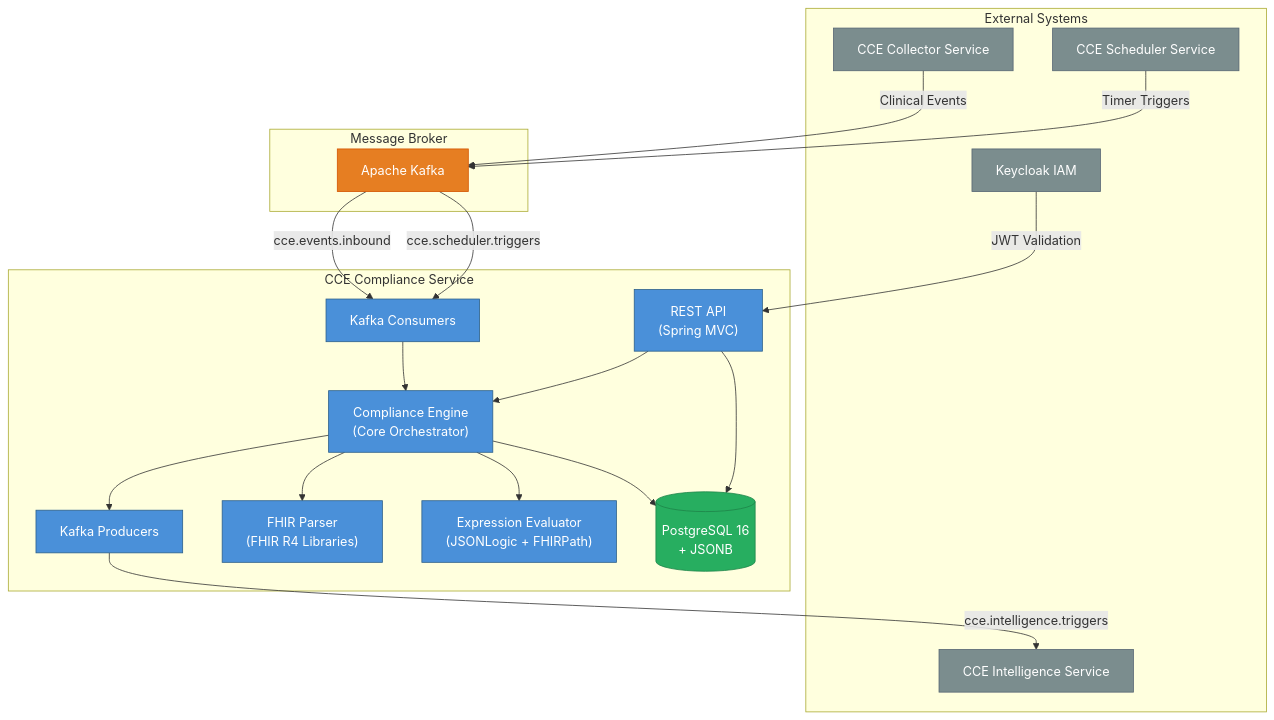
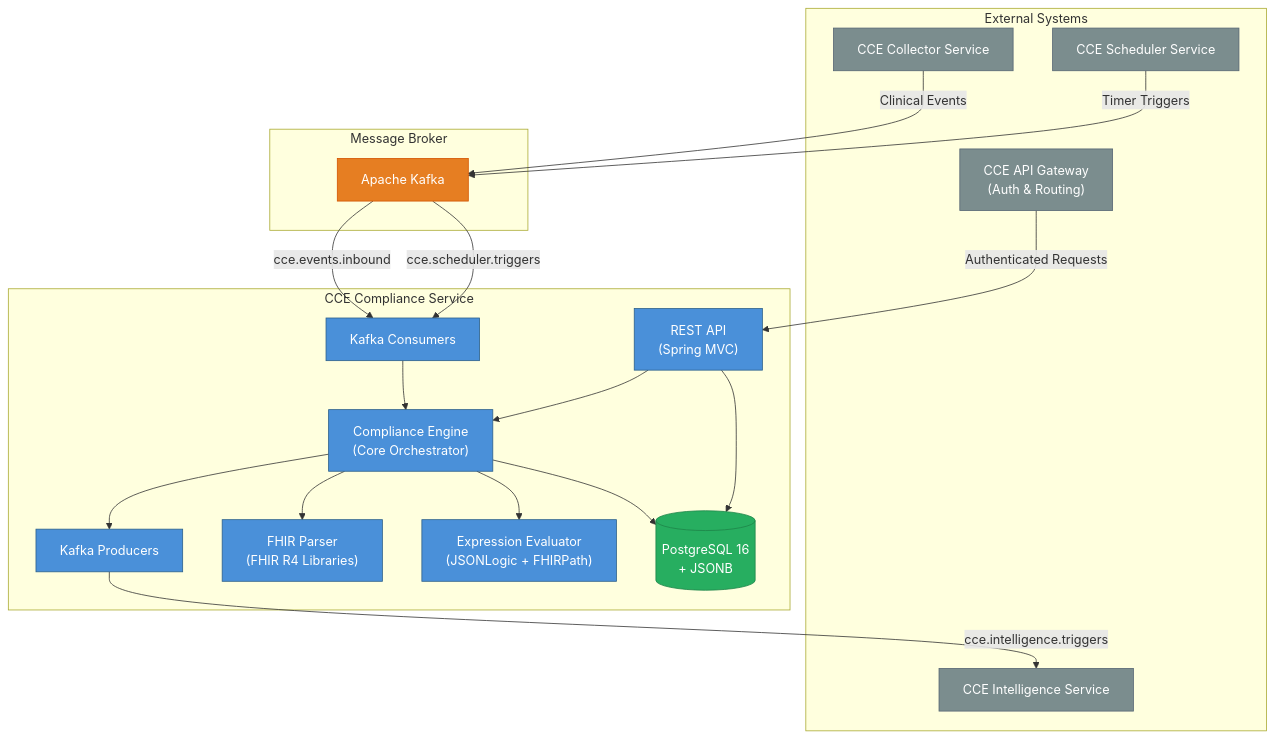
Before and after one commit to Jayaprakash8887/cce-compliance-service: the first of 4 diagrams in docs/architecture-overview.md, drawn with Mermaid. The commit also changed other lines of this file and 3 other files, not shown here.

````diff
--- a/docs/architecture-overview.md
+++ b/docs/architecture-overview.md
@@ -7,47 +7,47 @@
 ```mermaid
 graph TB
     subgraph External Systems
         INTEL["CCE Intelligence Service"]
         EHR["CCE Collector Service"]
         SCHEDULER["CCE Scheduler Service"]
-        KEYCLOAK["Keycloak IAM"]
+        GATEWAY["CCE API Gateway<br/>(Auth & Routing)"]
     end
 
     subgraph CCE Compliance Service
         API["REST API<br/>(Spring MVC)"]
         ENGINE["Compliance Engine<br/>(Core Orchestrator)"]
         KAFKA_C["Kafka Consumers"]
         KAFKA_P["Kafka Producers"]
         FHIR["FHIR Parser<br/>(FHIR R4 Libraries)"]
         EXPR["Expression Evaluator<br/>(JSONLogic + FHIRPath)"]
         DB[("PostgreSQL 16<br/>+ JSONB")]
     end
 
     subgraph Message Broker
         KAFKA["Apache Kafka"]
     end
 
     EHR -->|"Clinical Events"| KAFKA
     SCHEDULER -->|"Timer Triggers"| KAFKA
     KAFKA -->|"cce.events.inbound"| KAFKA_C
     KAFKA -->|"cce.scheduler.triggers"| KAFKA_C
     KAFKA_C --> ENGINE
     ENGINE --> FHIR
     ENGINE --> EXPR
     ENGINE --> DB
     ENGINE --> KAFKA_P
     KAFKA_P -->|"cce.intelligence.triggers"| INTEL
     API --> ENGINE
     API --> DB
-    KEYCLOAK -->|"JWT Validation"| API
+    GATEWAY -->|"Authenticated Requests"| API
 
     classDef service fill:#4A90D9,stroke:#2C5F8A,color:white
     classDef external fill:#7B8D8E,stroke:#566573,color:white
     classDef data fill:#27AE60,stroke:#1E8449,color:white
     classDef broker fill:#E67E22,stroke:#D35400,color:white
 
     class API,ENGINE,KAFKA_C,KAFKA_P,FHIR,EXPR service
-    class EHR,SCHEDULER,INTEL,KEYCLOAK external
+    class EHR,SCHEDULER,INTEL,GATEWAY external
     class DB data
     class KAFKA broker
 ```
````
